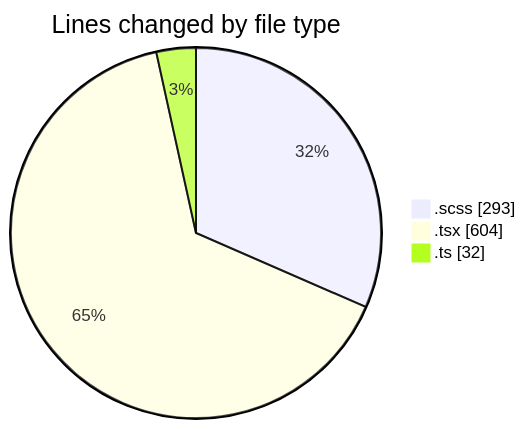
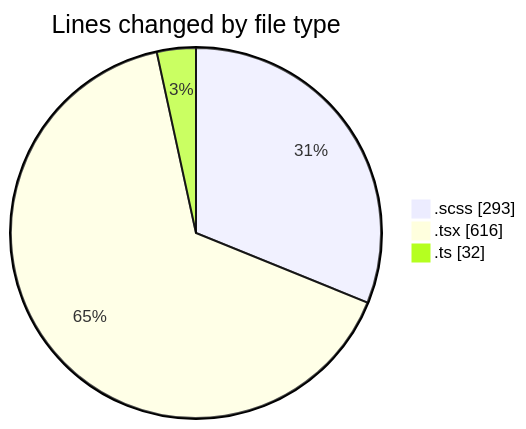
One commit to momahboobian/code-tracking changed the first of 2 diagrams in 2025-03-04/cda/README.md. Above: the diagram before and after it, drawn with Mermaid. The commit also changed other lines of this file and 1 other file, not shown here.

````diff
--- a/2025-03-04/cda/README.md
+++ b/2025-03-04/cda/README.md
@@ -25,7 +25,7 @@
 ```mermaid
 pie showData
 title Lines changed by file type
 ".scss" : 293
-".tsx" : 604
+".tsx" : 616
 ".ts" : 32
 ```
````
